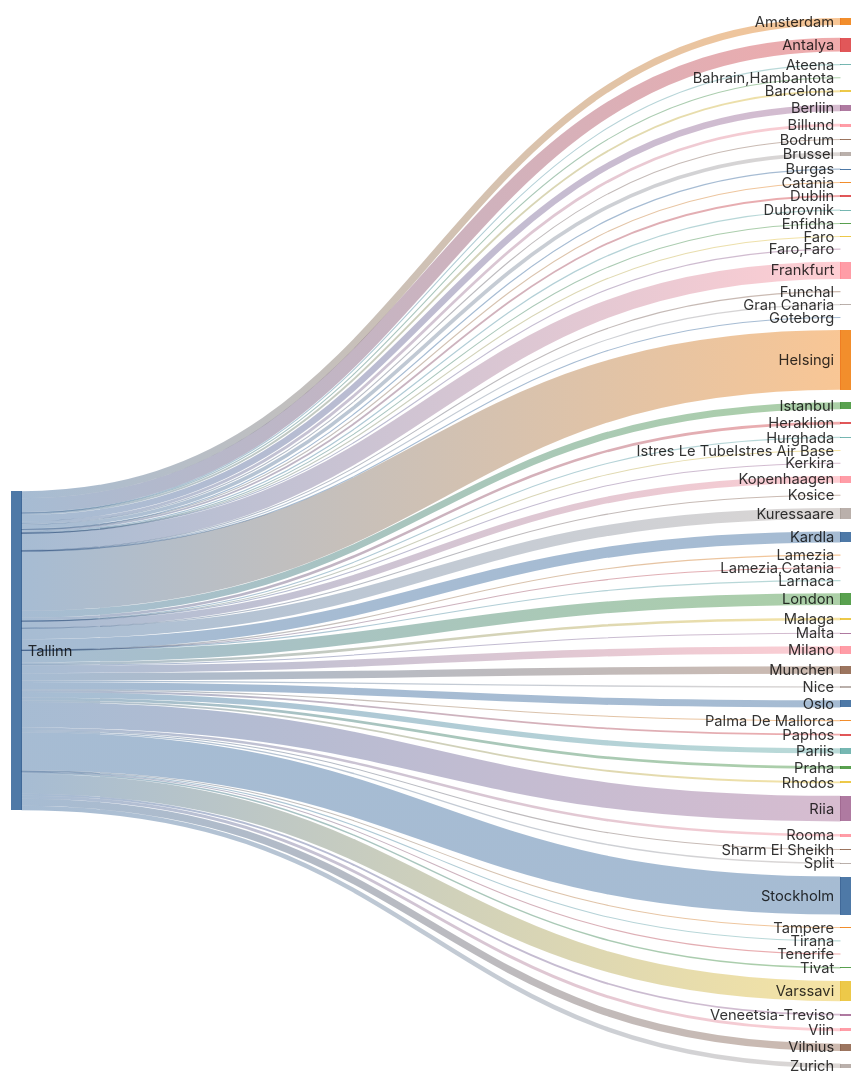
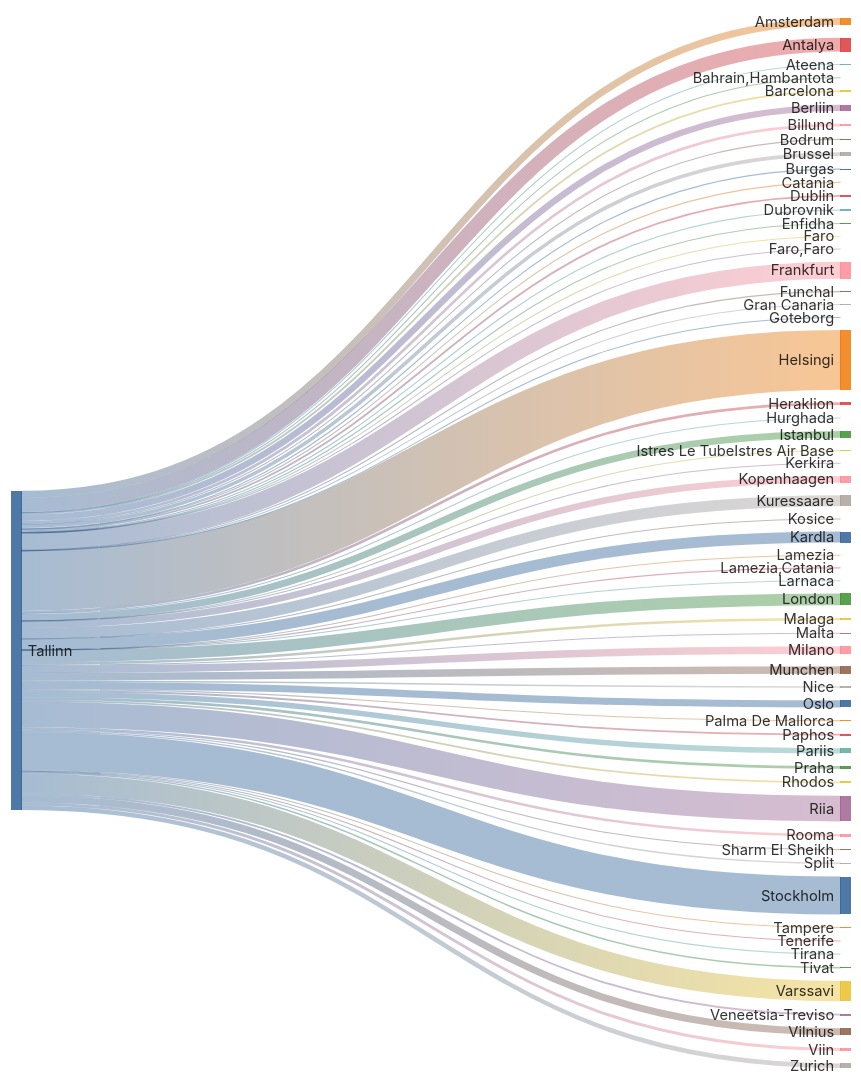
Before and after one commit to rainermesi/tll-airport-departures: the second of 2 diagrams in README.md, drawn with Mermaid. The commit also changed other lines of this file, not shown here.

````diff
--- a/README.md
+++ b/README.md
@@ -34,72 +34,72 @@
 ```mermaid
 ---
 config:
   sankey:
     showValues: false
     width: 800
     height: 1000
 ---
 sankey-beta
 %% source,target,value
-Tallinn,Amsterdam,125
+Tallinn,Amsterdam,126
 Tallinn,Antalya,247
 Tallinn,Ateena,16
 Tallinn,"Bahrain,Hambantota",1
 Tallinn,Barcelona,33
-Tallinn,Berliin,113
+Tallinn,Berliin,114
 Tallinn,Billund,49
 Tallinn,Bodrum,11
 Tallinn,Brussel,65
 Tallinn,Burgas,21
 Tallinn,Catania,2
-Tallinn,Dublin,32
+Tallinn,Dublin,33
 Tallinn,Dubrovnik,21
 Tallinn,Enfidha,7
 Tallinn,Faro,4
 Tallinn,"Faro,Faro",1
-Tallinn,Frankfurt,304
+Tallinn,Frankfurt,306
 Tallinn,Funchal,5
 Tallinn,Gran Canaria,8
 Tallinn,Goteborg,1
-Tallinn,Helsingi,1059
+Tallinn,Helsingi,1065
 Tallinn,Heraklion,46
-Tallinn,Hurghada,13
-Tallinn,Istanbul,122
+Tallinn,Hurghada,15
+Tallinn,Istanbul,123
 Tallinn,Istres Le TubeIstres Air Base,2
 Tallinn,Kerkira,4
 Tallinn,Kopenhaagen,120
 Tallinn,Kosice,1
-Tallinn,Kuressaare,195
-Tallinn,Kardla,195
+Tallinn,Kuressaare,196
+Tallinn,Kardla,196
 Tallinn,Lamezia,1
 Tallinn,"Lamezia,Catania",3
 Tallinn,Larnaca,4
-Tallinn,London,208
+Tallinn,London,210
 Tallinn,Malaga,45
 Tallinn,Malta,15
 Tallinn,Milano,131
-Tallinn,Munchen,132
+Tallinn,Munchen,133
 Tallinn,Nice,25
 Tallinn,Oslo,128
 Tallinn,Palma De Mallorca,19
 Tallinn,Paphos,32
 Tallinn,Pariis,95
 Tallinn,Praha,49
 Tallinn,Rhodos,32
-Tallinn,Riia,453
+Tallinn,Riia,457
 Tallinn,Rooma,45
 Tallinn,Sharm El Sheikh,15
 Tallinn,Split,25
-Tallinn,Stockholm,673
+Tallinn,Stockholm,676
 Tallinn,Tampere,17
 Tallinn,Tenerife,12
 Tallinn,Tirana,8
 Tallinn,Tivat,26
-Tallinn,Varssavi,357
+Tallinn,Varssavi,359
 Tallinn,Veneetsia-Treviso,33
-Tallinn,Viin,52
+Tallinn,Viin,53
 Tallinn,Vilnius,127
-Tallinn,Zurich,80
+Tallinn,Zurich,81
 
 
 ```
````
